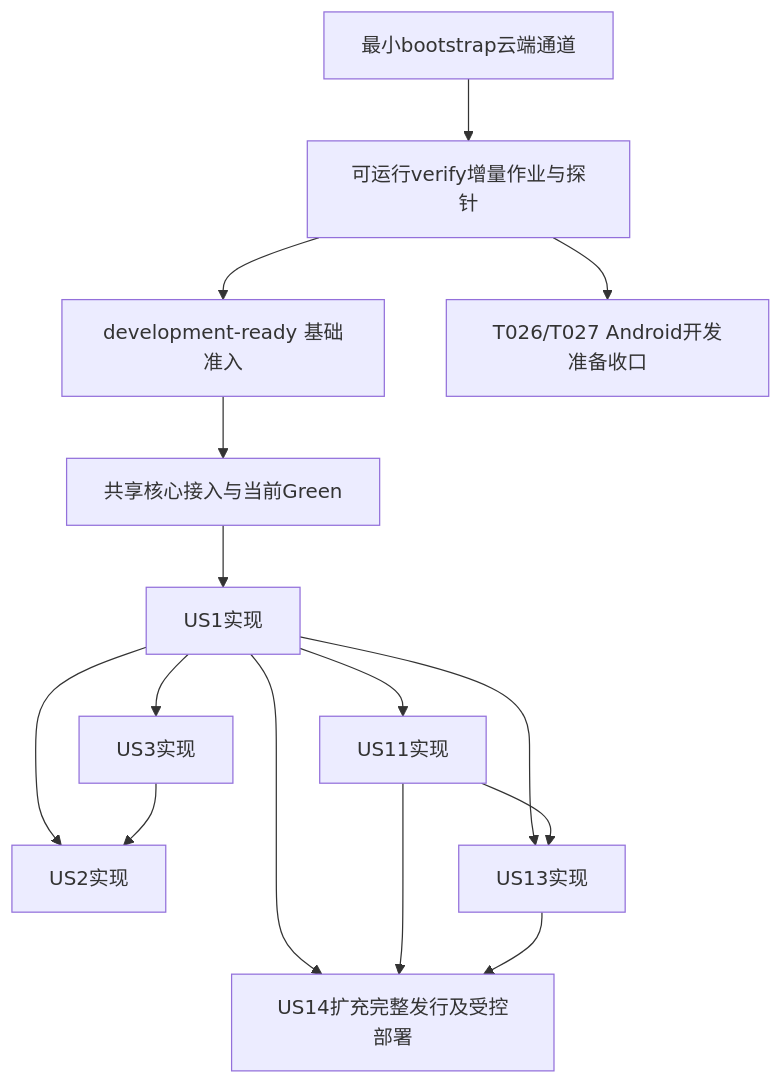
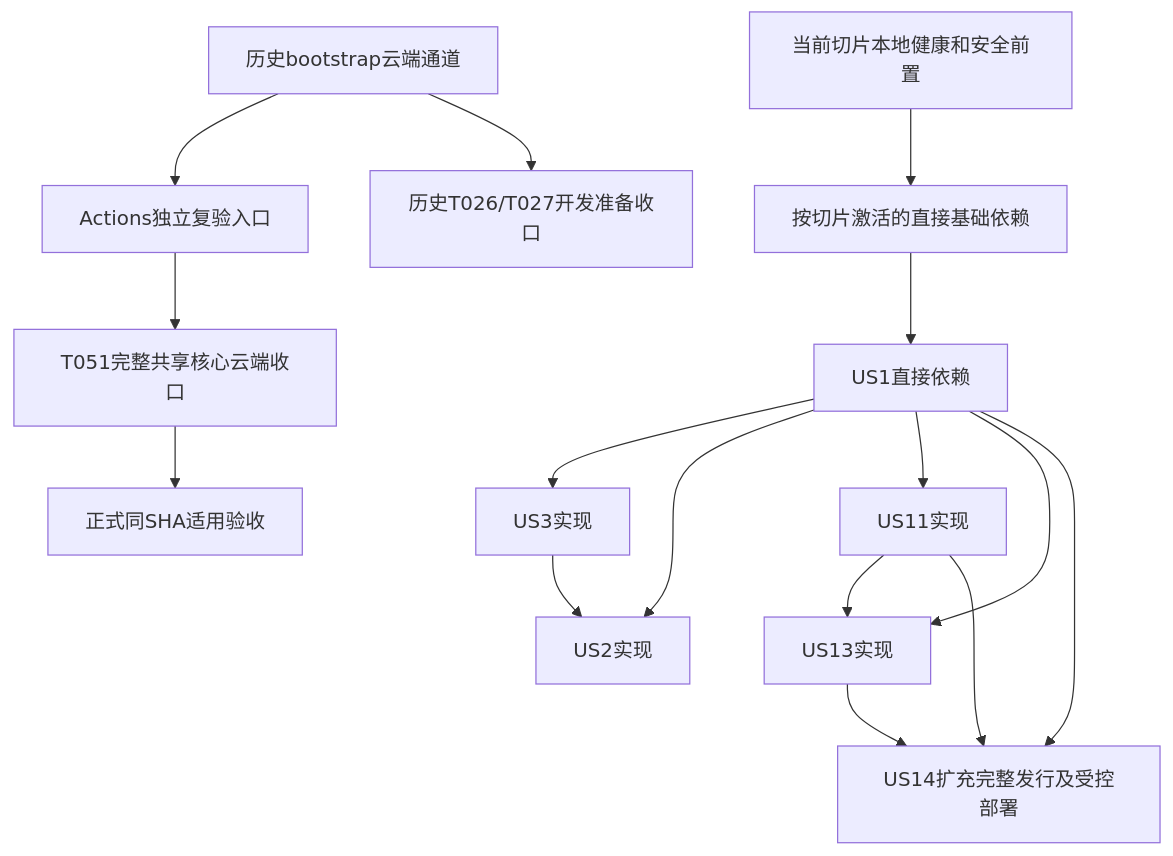
The diagram in specs/001-agoraweave-v1/plan.md (Self-Command/agora-weave), drawn with Mermaid before and after one commit. The commit also changed other lines of this file and 34 other files, not shown here.

````diff
--- a/specs/001-agoraweave-v1/plan.md
+++ b/specs/001-agoraweave-v1/plan.md
@@ -254,17 +254,18 @@
 ```mermaid
 flowchart TD
-  B[最小bootstrap云端通道] --> R[可运行verify增量作业与探针]
-  R --> C[development-ready 基础准入]
-  R --> CI[T026/T027 Android开发准备收口]
-  C --> F[共享核心接入与当前Green]
-  F --> US1[US1实现]
-  US1 --> US3[US3实现]
+  B[历史bootstrap云端通道] --> R[Actions独立复验入口]
+  B --> CI[历史T026/T027开发准备收口]
+  L[当前切片本地健康和安全前置] --> F[按切片激活的直接基础依赖]
+  R --> T051[T051完整共享核心云端收口]
+  F --> US1["US1直接依赖"]
+  US1 --> US3["US3实现"]
   US1 --> US2[US2实现]
-  US3 --> US2
+  US3 --> US2["US2实现"]
   US1 --> US11[US11实现]
   US1 --> US13[US13实现]
   US11 --> US13
   US1 --> US14[US14扩充完整发行及受控部署]
   US11 --> US14
   US13 --> US14
+  T051 --> V[正式同SHA适用验收]
 ```
````
